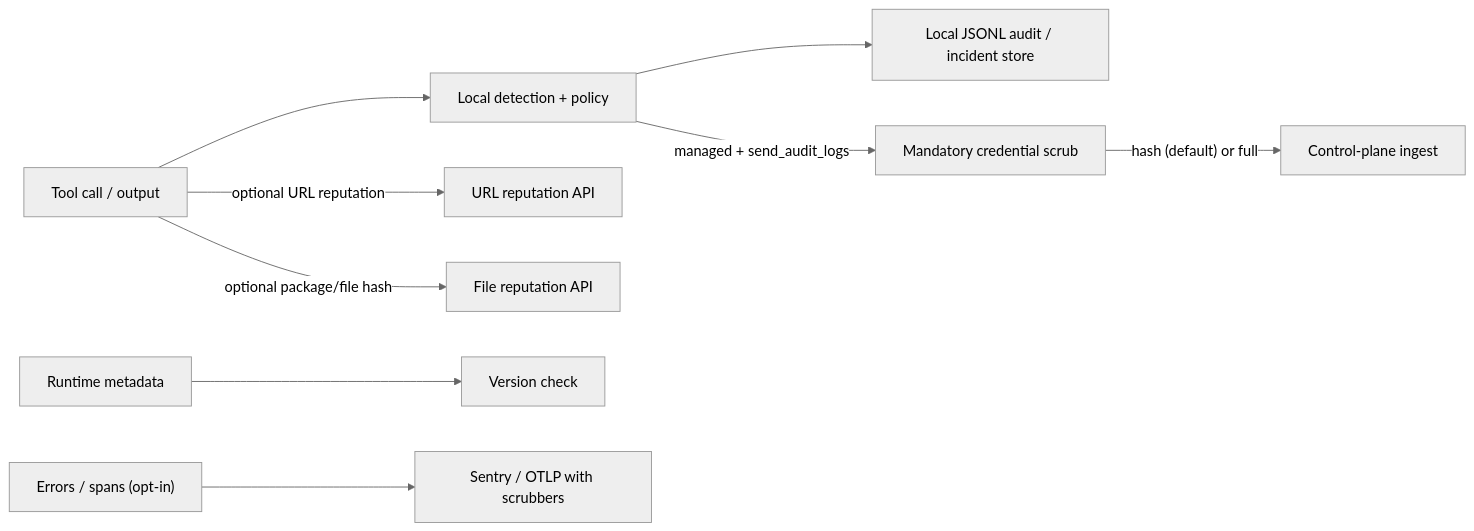
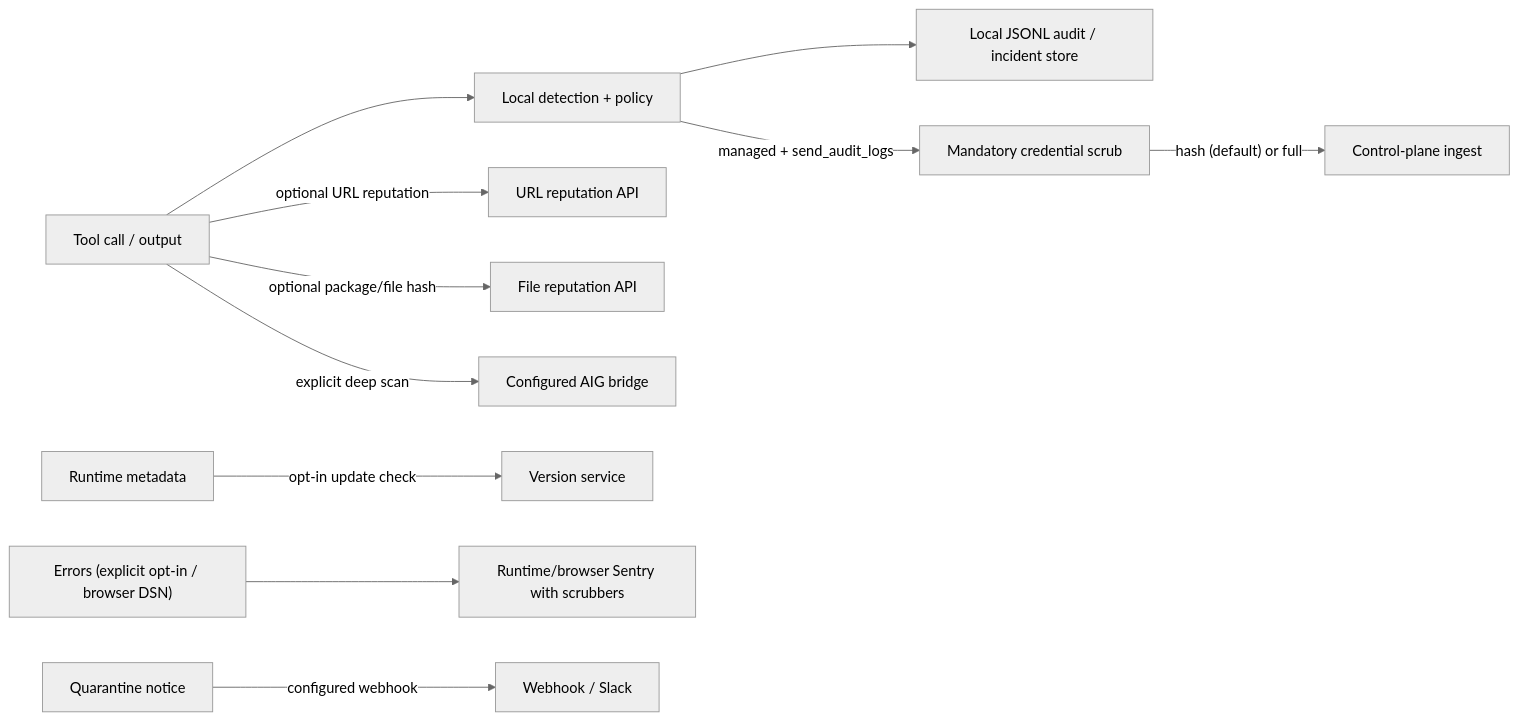
One commit to SingularityRD/aidr changed the diagram in docs/privacy.md. Above: the diagram before and after it, drawn with Mermaid (neutral theme). The commit also changed other lines of this file and 104 other files, not shown here.

````diff
--- a/docs/privacy.md
+++ b/docs/privacy.md
@@ -15,11 +20,13 @@
 ```mermaid
 flowchart LR
   Input["Tool call / output"] --> Engine["Local detection + policy"]
   Engine --> Local["Local JSONL audit / incident store"]
   Engine -->|"managed + send_audit_logs"| Boundary["Mandatory credential scrub"]
   Boundary -->|"hash (default) or full"| ControlPlane["Control-plane ingest"]
   Input -->|"optional URL reputation"| URLAPI["URL reputation API"]
   Input -->|"optional package/file hash"| FileAPI["File reputation API"]
-  Runtime["Runtime metadata"] --> Version["Version check"]
-  Error["Errors / spans (opt-in)"] --> Sinks["Sentry / OTLP with scrubbers"]
+  Input -->|"explicit deep scan"| AIG["Configured AIG bridge"]
+  Runtime["Runtime metadata"] -->|"opt-in update check"| Version["Version service"]
+  Error["Errors (explicit opt-in / browser DSN)"] --> Sinks["Runtime/browser Sentry with scrubbers"]
+  Response["Quarantine notice"] -->|"configured webhook"| Webhook["Webhook / Slack"]
 ```
````
